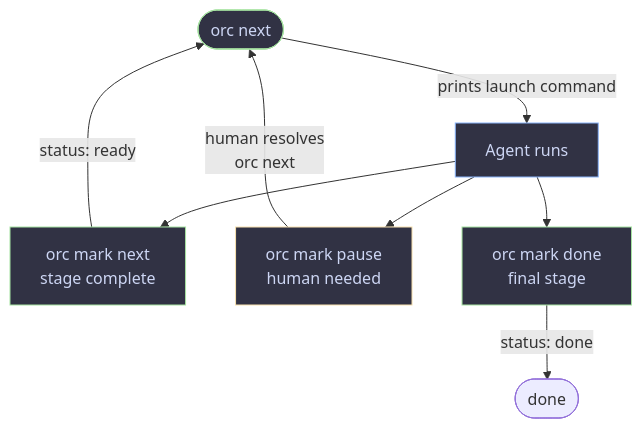
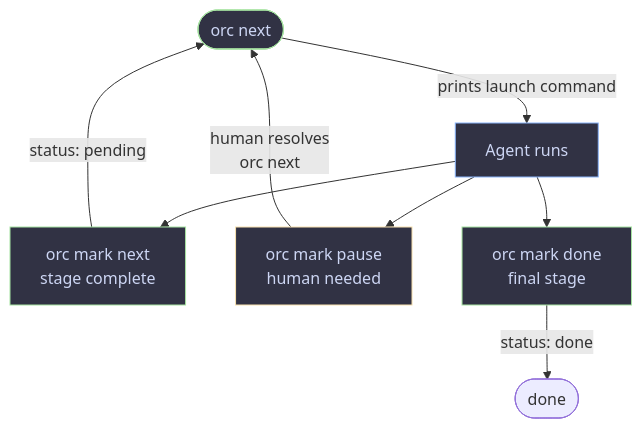
Before and after one commit to cengebretson/tmux-orc: the third of 3 diagrams in README.md, drawn with Mermaid. The commit also changed other lines of this file, not shown here.

First line of the commit message:
rename How it works to Example workflow, add worker table, fix stale status

````diff
--- a/README.md
+++ b/README.md
@@ -204,18 +215,18 @@
 ```mermaid
 flowchart TD
     N([orc next]) -->|prints launch command| R[Agent runs]
 
     R --> AD[orc mark next\nstage complete]
     R --> WT[orc mark pause\nhuman needed]
     R --> DN[orc mark done\nfinal stage]
 
-    AD -->|status: ready| N
+    AD -->|status: pending| N
     WT -->|human resolves\norc next| N
     DN -->|status: done| END([done])
 
     style N fill:#313244,stroke:#a6e3a1,color:#cdd6f4
     style R fill:#313244,stroke:#89b4fa,color:#cdd6f4
     style AD fill:#313244,stroke:#a6e3a1,color:#cdd6f4
     style WT fill:#313244,stroke:#f9e2af,color:#cdd6f4
     style DN fill:#313244,stroke:#a6e3a1,color:#cdd6f4
 ```
````
